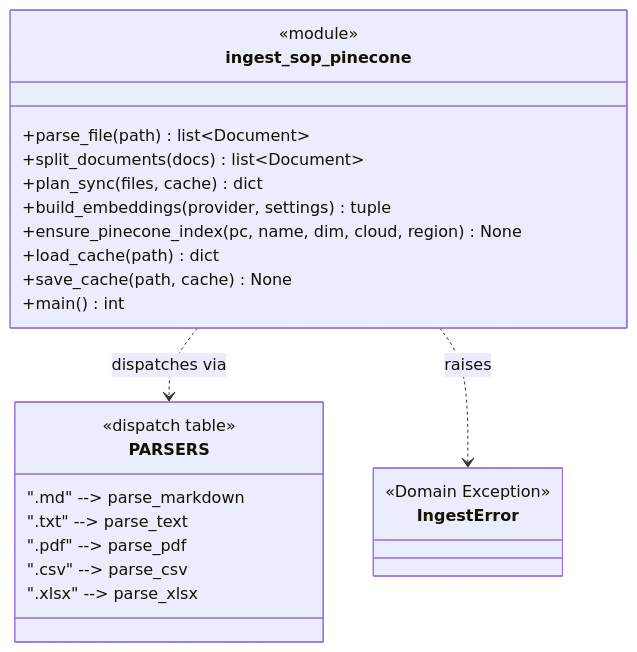
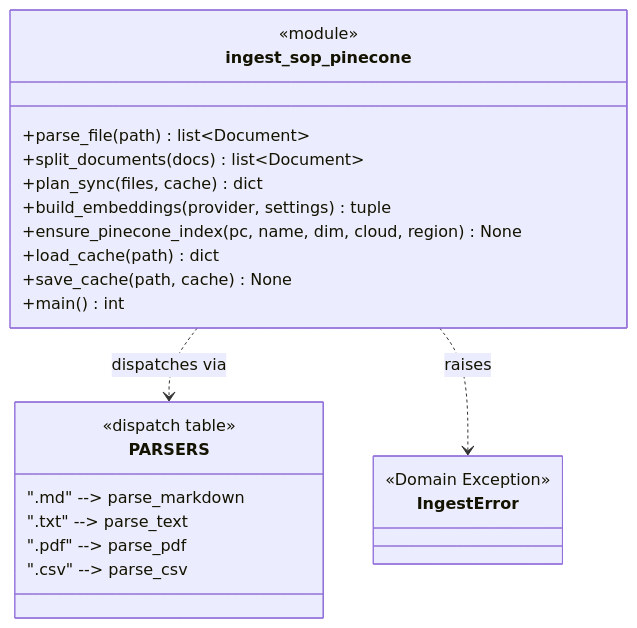
The third of 7 diagrams in docs/domain-model.md (ibraheem15/supply-chain-data-assistant), drawn with Mermaid before and after one commit. The commit also changed other lines of this file and 4 other files, not shown here.

````diff
--- a/docs/domain-model.md
+++ b/docs/domain-model.md
@@ -81,27 +81,26 @@
 ```mermaid
 classDiagram
     class IngestError {
         <<Domain Exception>>
     }
     class PARSERS {
         <<dispatch table>>
         ".md" --> parse_markdown
         ".txt" --> parse_text
         ".pdf" --> parse_pdf
         ".csv" --> parse_csv
-        ".xlsx" --> parse_xlsx
     }
     class ingest_sop_pinecone {
         <<module>>
         +parse_file(path) list~Document~
         +split_documents(docs) list~Document~
         +plan_sync(files, cache) dict
         +build_embeddings(provider, settings) tuple
         +ensure_pinecone_index(pc, name, dim, cloud, region) None
         +load_cache(path) dict
         +save_cache(path, cache) None
         +main() int
     }
     ingest_sop_pinecone ..> PARSERS : dispatches via
     ingest_sop_pinecone ..> IngestError : raises
 ```
````
